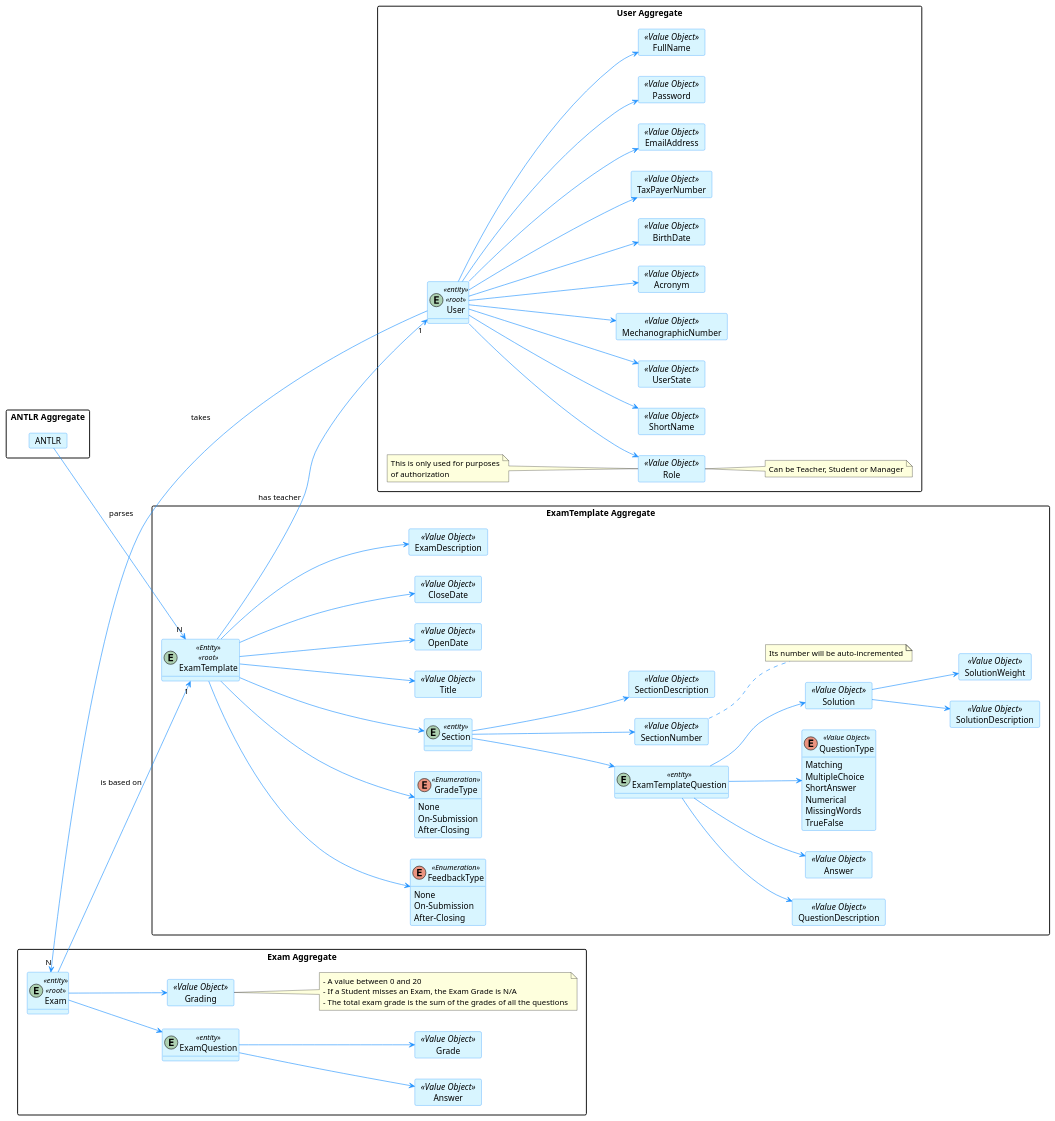
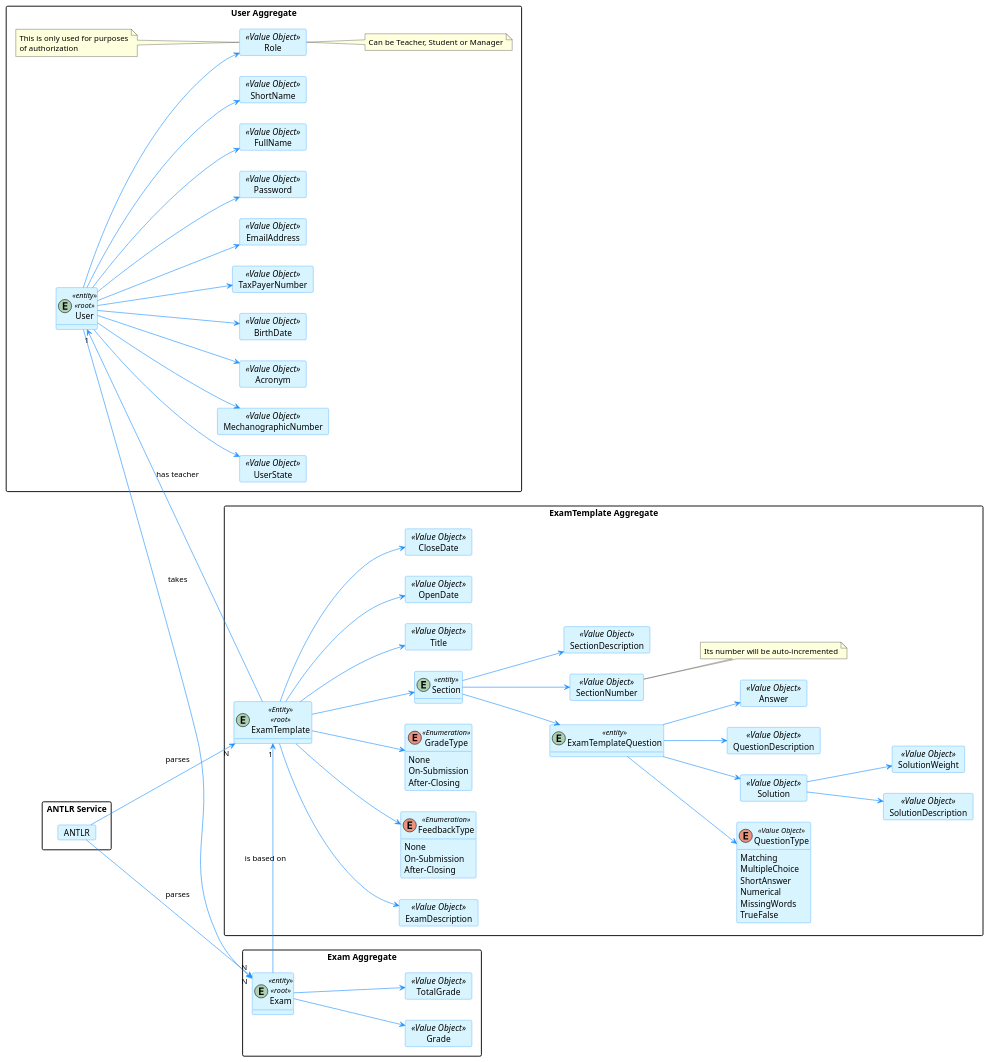
The diagram in docs/SPRINT C/US_2005/Analysis/DomainModelExcerpt.puml (brunacosta03/sem4pi_22_23), drawn with PlantUML before and after one commit. The commit also changed 3 other files, not shown here.

```diff
--- a/docs/SPRINT C/US_2005/Analysis/DomainModelExcerpt.puml
+++ b/docs/SPRINT C/US_2005/Analysis/DomainModelExcerpt.puml
@@ -1,191 +1,179 @@
 @startuml
 hide methods
 left to right direction
 
 skinparam classAttributeIconSize 0
 
 skinparam class {
     LifeLineBorderColor DodgerBlue
     LifeLineBackgroundColor APPLICATION
     BackgroundColor #D8F5FF
     ArrowColor DodgerBlue
     BorderColor DodgerBlue
 }
 
 skinparam packageStyle rectangle
 
 skinparam card {
     LifeLineBorderColor DodgerBlue
     LifeLineBackgroundColor APPLICATION
     BackgroundColor #D8F5FF
     ArrowColor DodgerBlue
     BorderColor DodgerBlue
 }
 
 package "Exam Aggregate" {
     entity Exam <<entity>> <<root>> {
     }
-    entity ExamQuestion <<entity>> {
-    }
-    card Answer <<Value Object>> {
-    }
     card Grade <<Value Object>> {
     }
-    card Grading <<Value Object>>{
+    card TotalGrade <<Value Object>> {
     }
 
-    Exam --> Grading
-    Exam --> ExamQuestion
-
-    ExamQuestion --> Answer
-    ExamQuestion --> Grade
-
-    note right of Grading
-        - A value between 0 and 20
-        - If a Student misses an Exam, the Exam Grade is N/A
-        - The total exam grade is the sum of the grades of all the questions
-    end note
+    Exam --> TotalGrade
+    Exam --> Grade
 }
 
 package "User Aggregate" {
     entity User <<entity>><<root>>
 
     card EmailAddress <<Value Object>>{
     }
     card Password <<Value Object>>{
     }
     card FullName <<Value Object>>{
     }
     card ShortName <<Value Object>>{
     }
     card UserState <<Value Object>>{
     }
     card MechanographicNumber <<Value Object>>{
     }
     card Acronym <<Value Object>> {
     }
     card BirthDate <<Value Object>> {
     }
     card TaxPayerNumber <<Value Object>> {
     }
     card Role <<Value Object>> {
     }
     note right of Role: Can be Teacher, Student or Manager
 
     User --> EmailAddress
     User --> Password
     User --> FullName
     User --> ShortName
     User --> Role
     User --> UserState
     User --> MechanographicNumber
     User --> Acronym
     User --> BirthDate
     User --> TaxPayerNumber
 
     note left of Role
         This is only used for purposes
         of authorization
     end note
 }
 
 package "ExamTemplate Aggregate" {
     entity ExamTemplate <<Entity>> <<root>> {
     }
 
     card Title <<Value Object>> {
     }
 
     card OpenDate <<Value Object>> {
     }
 
     card CloseDate <<Value Object>> {
     }
 
     card ExamDescription <<Value Object>> {
     }
 
     enum FeedbackType <<Enumeration>> {
         None
         On-Submission
         After-Closing
     }
 
     enum GradeType <<Enumeration>> {
         None
         On-Submission
         After-Closing
     }
 
     entity Section <<entity>> {
     }
 
     card SectionNumber <<Value Object>> {
     }
 
     card SectionDescription <<Value Object>> {
     }
 
     entity ExamTemplateQuestion <<entity>> {
     }
 
     card Solution <<Value Object>> {
     }
 
     card SolutionDescription <<Value Object>> {
     }
 
     card SolutionWeight <<Value Object>> {
     }
 
     card QuestionDescription <<Value Object>> {
     }
 
     card Answer <<Value Object>> {
     }
 
     enum QuestionType <<Value Object>> {
         Matching
         MultipleChoice
         ShortAnswer
         Numerical
         MissingWords
         TrueFalse
         }
 
     ExamTemplate --> Title
     ExamTemplate --> OpenDate
     ExamTemplate --> CloseDate
     ExamTemplate --> Section
     ExamTemplate --> FeedbackType
     ExamTemplate --> GradeType
     ExamTemplate --> ExamDescription
 
     Section --> SectionDescription
     Section --> ExamTemplateQuestion
     Section --> SectionNumber
 
     note right of SectionNumber
         Its number will be auto-incremented
     end note
 
     ExamTemplateQuestion --> QuestionType
     ExamTemplateQuestion --> QuestionDescription
     ExamTemplateQuestion --> Answer
     ExamTemplateQuestion --> Solution
 
     Solution --> SolutionDescription
     Solution --> SolutionWeight
 }
 
-package "ANTLR Aggregate" {
+package "ANTLR Service" {
     card ANTLR {
     }
 }
 
 Exam --> "1" ExamTemplate : is based on
 User --> "N" Exam : takes
 ExamTemplate --> "1" User : has teacher
 ANTLR --> "N" ExamTemplate : parses
+ANTLR --> "N" Exam : parses
 
 @enduml
```
